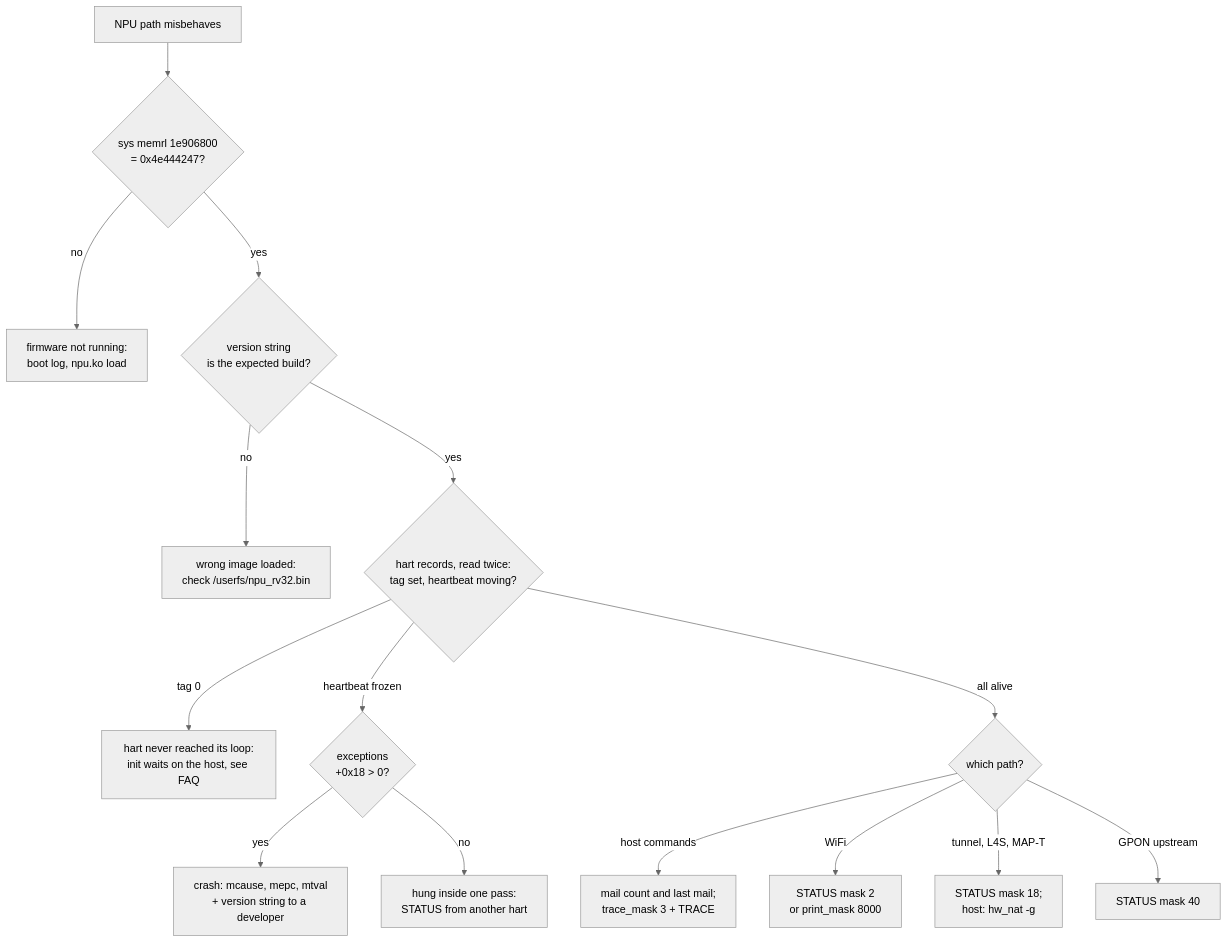
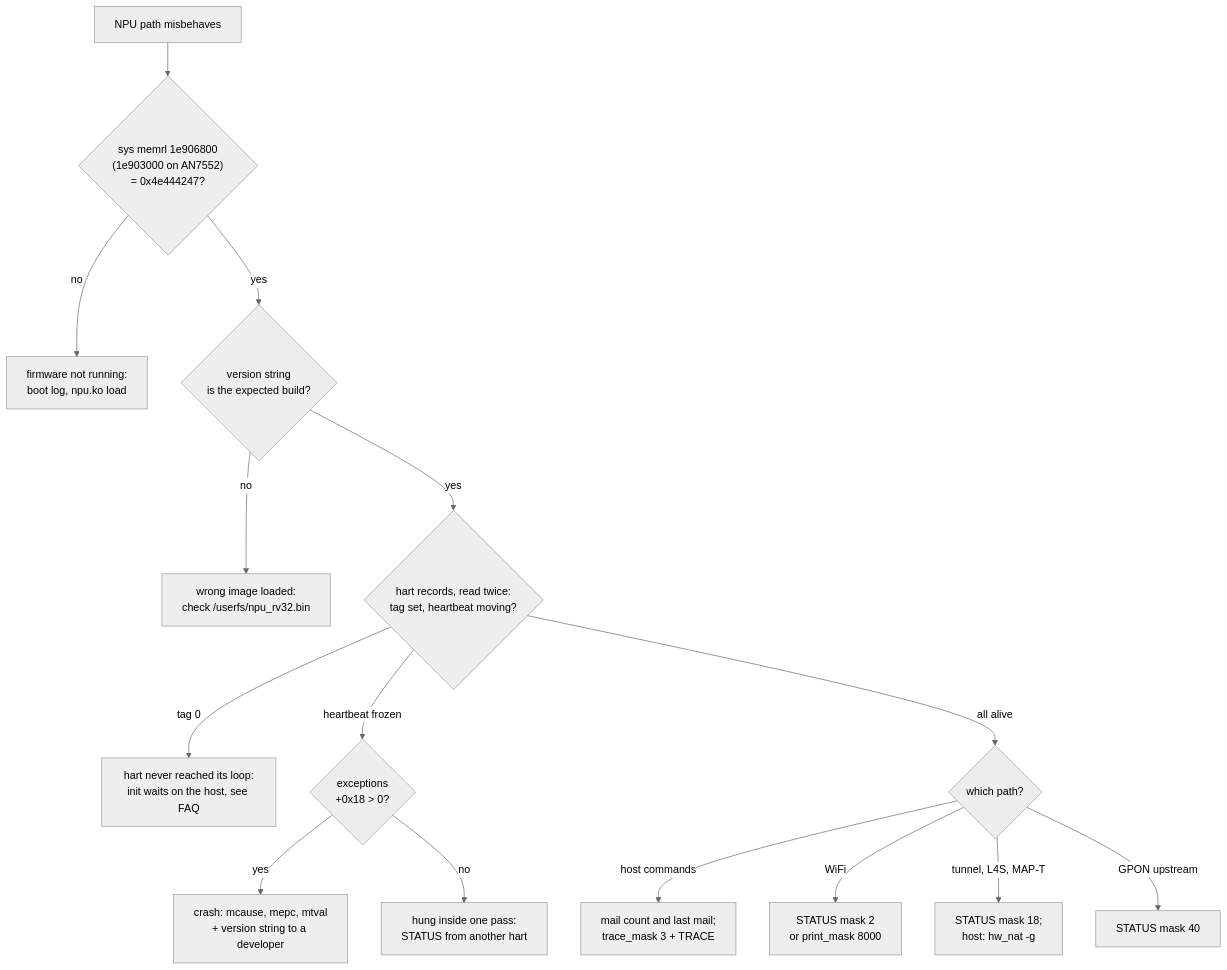
The diagram in docs/debug.md (ClankerConstruction/ClankerNPU), drawn with Mermaid (neutral theme) before and after one commit. The commit also changed 1 other file, not shown here.

Commit message:
docs: note the 16 KB AN7552 local SRAM and its debug block address
Misc: the memory map calls 0x3E900000 the cluster local SRAM and gives
its AN7552 size; the troubleshooting flow gives the AN7552 debug block
address.

````diff
--- a/docs/debug.md
+++ b/docs/debug.md
@@ -248,17 +248,17 @@
 ```mermaid
 flowchart TD
-  S["NPU path misbehaves"] --> M{"sys memrl 1e906800<br/>= 0x4e444247?"}
+  S["NPU path misbehaves"] --> M{"sys memrl 1e906800<br/>(1e903000 on AN7552)<br/>= 0x4e444247?"}
   M -->|no| M1["firmware not running:<br/>boot log, npu.ko load"]
   M -->|yes| V{"version string<br/>is the expected build?"}
   V -->|no| V1["wrong image loaded:<br/>check /userfs/npu_rv32.bin"]
   V -->|yes| H{"hart records, read twice:<br/>tag set, heartbeat moving?"}
   H -->|tag 0| H0["hart never reached its loop:<br/>init waits on the host, see FAQ"]
   H -->|heartbeat frozen| T{"exceptions<br/>+0x18 > 0?"}
   T -->|yes| T1["crash: mcause, mepc, mtval<br/>+ version string to a developer"]
   T -->|no| T2["hung inside one pass:<br/>STATUS from another hart"]
   H -->|all alive| P{"which path?"}
   P -->|host commands| C["mail count and last mail;<br/>trace_mask 3 + TRACE"]
   P -->|WiFi| W["STATUS mask 2<br/>or print_mask 8000"]
   P -->|tunnel, L4S, MAP-T| U["STATUS mask 18;<br/>host: hw_nat -g"]
   P -->|GPON upstream| D["STATUS mask 40"]
 ```
````
